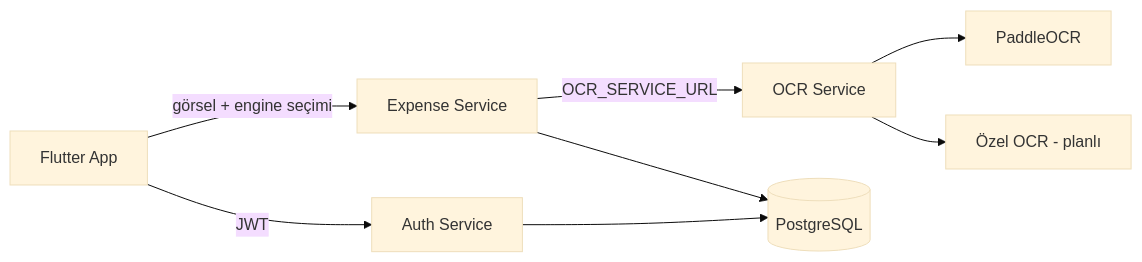
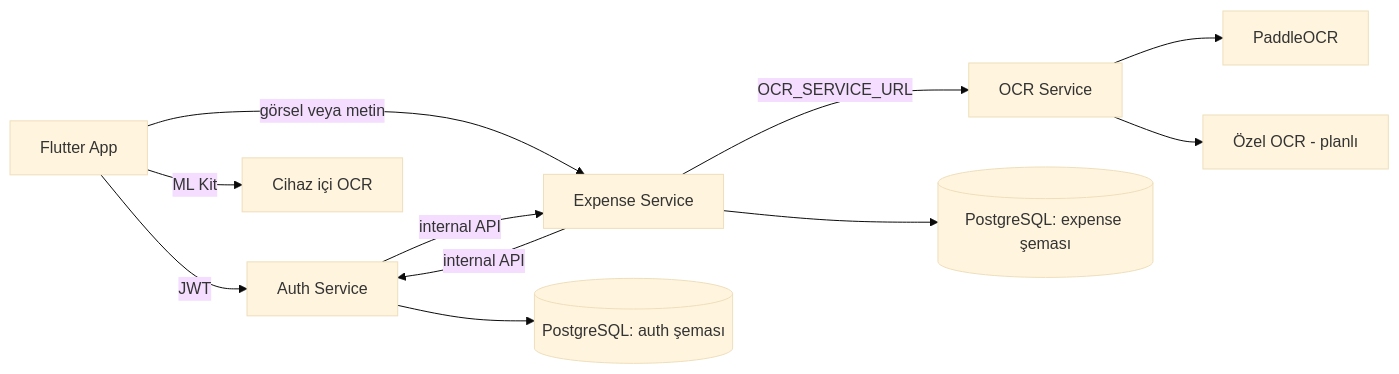
One commit to Mustafayildiiz/Fissio changed the diagram in ROADMAP.md. Above: the diagram before and after it, drawn with Mermaid (base theme). The commit also changed other lines of this file and 10 other files, not shown here.

````diff
--- a/ROADMAP.md
+++ b/ROADMAP.md
@@ -6,10 +8,13 @@
 ```mermaid
 flowchart LR
   A[Flutter App] -->|JWT| B[Auth Service]
-  A -->|görsel + engine seçimi| C[Expense Service]
+  A -->|görsel veya metin| C[Expense Service]
+  A -->|ML Kit| M[Cihaz içi OCR]
   C -->|OCR_SERVICE_URL| E[OCR Service]
   E --> P[PaddleOCR]
   E --> Q[Özel OCR - planlı]
-  B --> D[(PostgreSQL)]
-  C --> D
+  B -->|internal API| C
+  C -->|internal API| B
+  B --> D[(PostgreSQL: auth şeması)]
+  C --> D2[(PostgreSQL: expense şeması)]
 ```
````
